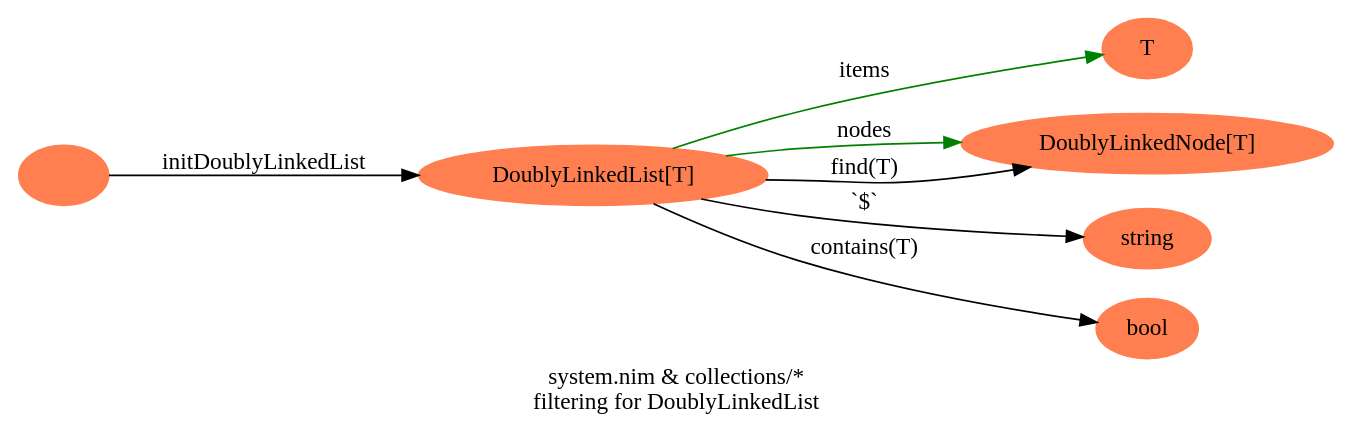
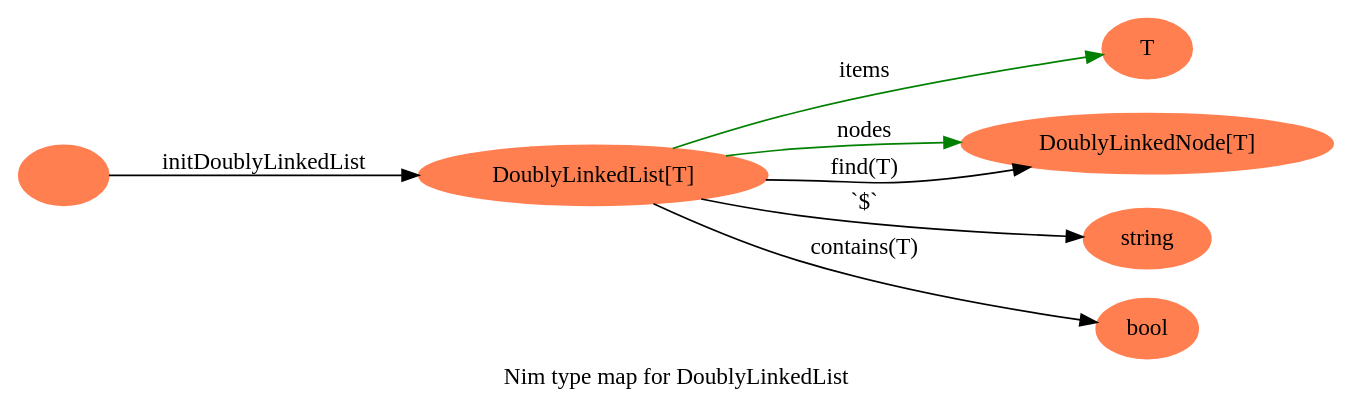
The diagram in output/DoublyLinkedList.dot (petermora/nimDot), drawn with Graphviz before and after one commit. The commit also changed 31 other files, not shown here.

```diff
--- a/output/DoublyLinkedList.dot
+++ b/output/DoublyLinkedList.dot
@@ -1,19 +1,18 @@
 digraph {
 graph [
-label = "system.nim & collections/*
-filtering for DoublyLinkedList";
+label = "Nim type map for DoublyLinkedList";
 rankdir=LR;
 ];
 node[color=coral, style=filled, label="" ] N0;
 node[color=coral, style=filled, label="DoublyLinkedList[T]" ] N1;
 N0 -> N1 [color="", label="initDoublyLinkedList" ];
 node[color=coral, style=filled, label="T" ] N2;
 N1 -> N2 [color="green", label="items" ];
 node[color=coral, style=filled, label="DoublyLinkedNode[T]" ] N3;
 N1 -> N3 [color="green", label="nodes" ];
 node[color=coral, style=filled, label="string" ] N4;
 N1 -> N4 [color="", label="`$`" ];
 N1 -> N3 [color="", label="find(T)" ];
 node[color=coral, style=filled, label="bool" ] N5;
 N1 -> N5 [color="", label="contains(T)" ];
 }
```
